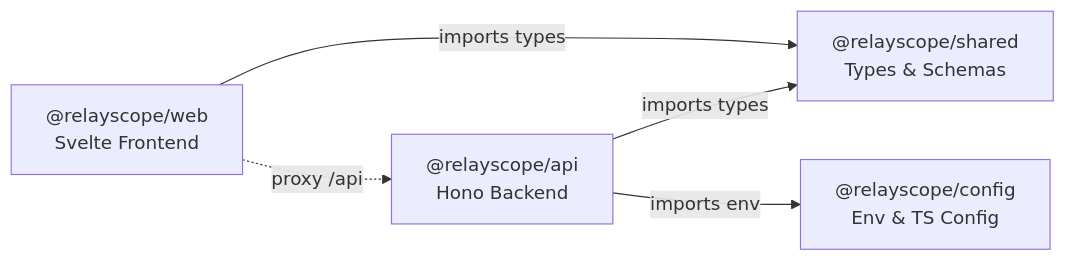
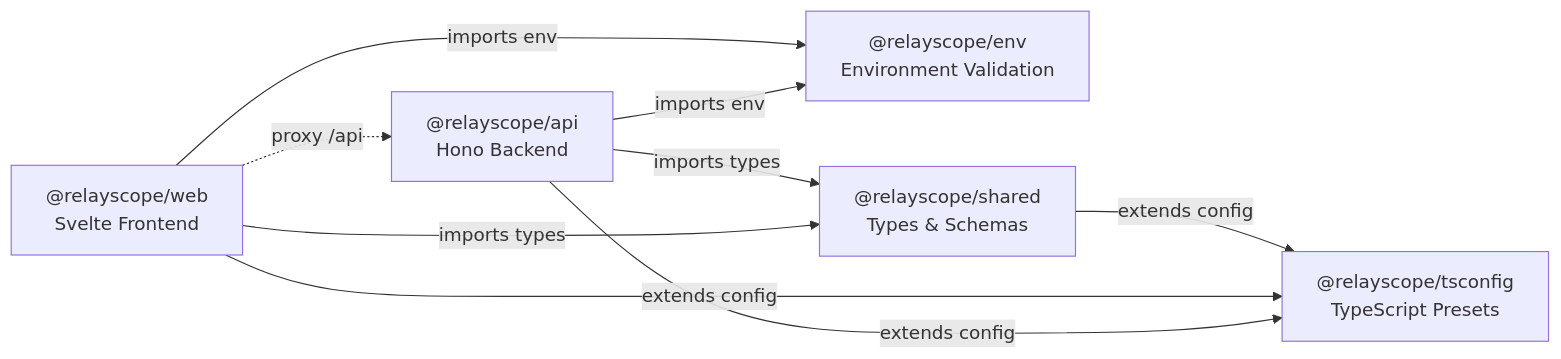
The second of 5 diagrams in docs/architecture/overview.md (saad-tayyab/relay-dog), drawn with Mermaid before and after one commit. The commit also changed other lines of this file and 9 other files, not shown here.

First line of the commit message:
Add AGENTS guide and tighten env validation

````diff
--- a/docs/architecture/overview.md
+++ b/docs/architecture/overview.md
@@ -39,12 +39,17 @@
 ```mermaid
 graph LR
-    CONFIG["@relayscope/config<br/>Env & TS Config"]
+    ENV["@relayscope/env<br/>Environment Validation"]
+    TSCONFIG["@relayscope/tsconfig<br/>TypeScript Presets"]
     SHARED["@relayscope/shared<br/>Types & Schemas"]
     WEB["@relayscope/web<br/>Svelte Frontend"]
     API["@relayscope/api<br/>Hono Backend"]
 
     WEB -->|"imports types"| SHARED
     API -->|"imports types"| SHARED
-    API -->|"imports env"| CONFIG
+    API -->|"imports env"| ENV
+    WEB -->|"imports env"| ENV
+    API -->|"extends config"| TSCONFIG
+    WEB -->|"extends config"| TSCONFIG
+    SHARED -->|"extends config"| TSCONFIG
     WEB -.->|"proxy /api"| API
 ```
````
